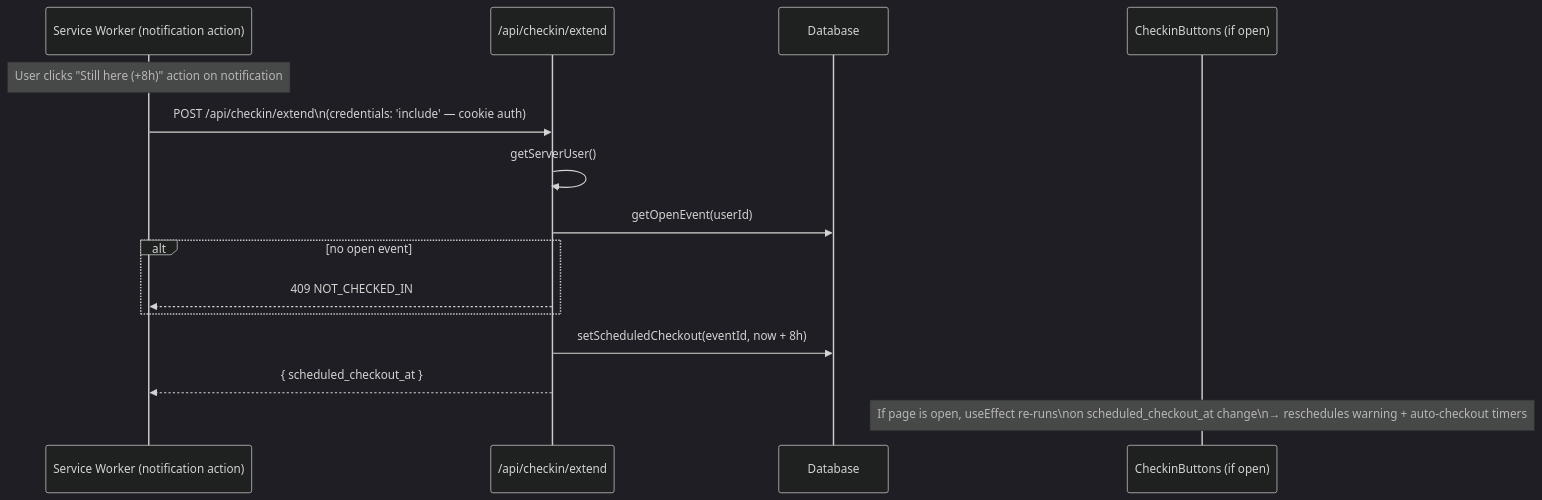
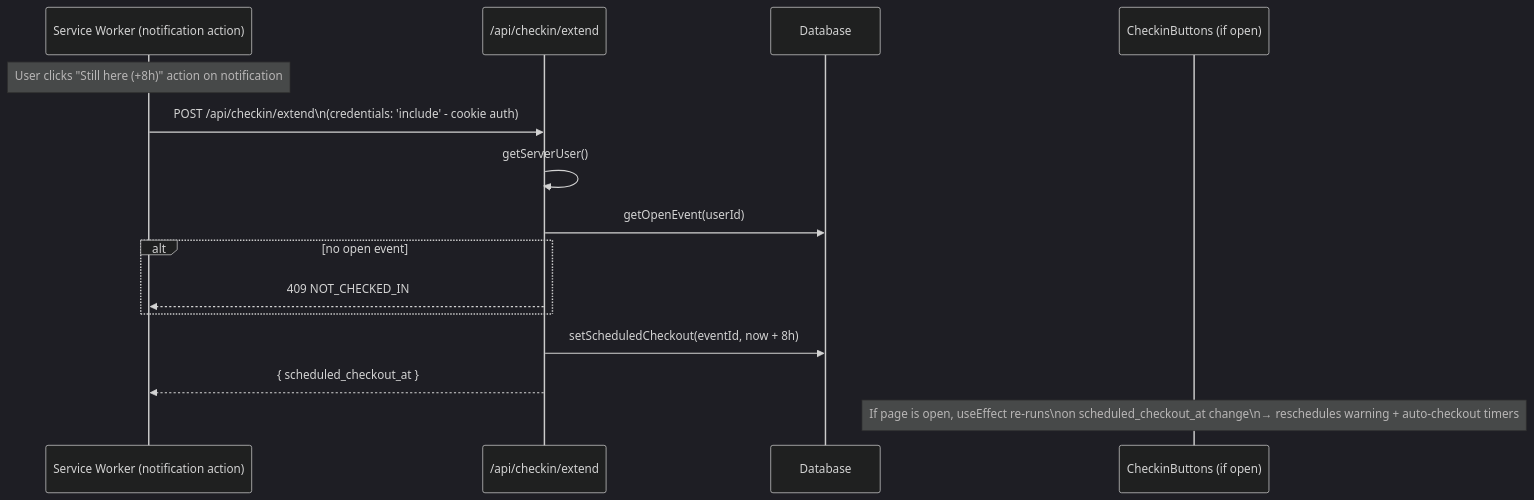
Before and after one commit to ksharma20/checkmark: the fifth of 6 diagrams in docs/architecture/checkin-flow.md, drawn with Mermaid (dark theme). The commit also changed other lines of this file and 75 other files, not shown here.

````diff
--- a/docs/architecture/checkin-flow.md
+++ b/docs/architecture/checkin-flow.md
@@ -145,19 +145,19 @@
 ```mermaid
 sequenceDiagram
   participant SW as Service Worker (notification action)
   participant API as /api/checkin/extend
   participant DB as Database
   participant Client as CheckinButtons (if open)
 
   Note over SW: User clicks "Still here (+8h)" action on notification
-  SW->>API: POST /api/checkin/extend\n(credentials: 'include' — cookie auth)
+  SW->>API: POST /api/checkin/extend\n(credentials: 'include' - cookie auth)
   API->>API: getServerUser()
   API->>DB: getOpenEvent(userId)
   alt no open event
     API-->>SW: 409 NOT_CHECKED_IN
   end
   API->>DB: setScheduledCheckout(eventId, now + 8h)
   API-->>SW: { scheduled_checkout_at }
 
   Note over Client: If page is open, useEffect re-runs\non scheduled_checkout_at change\n→ reschedules warning + auto-checkout timers
 ```
````
